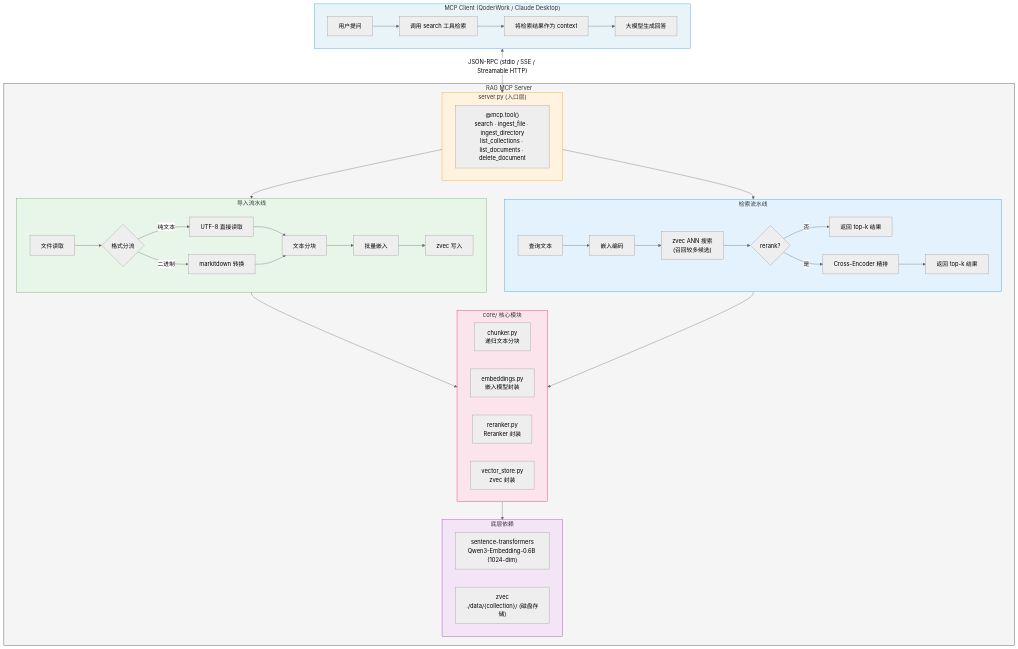
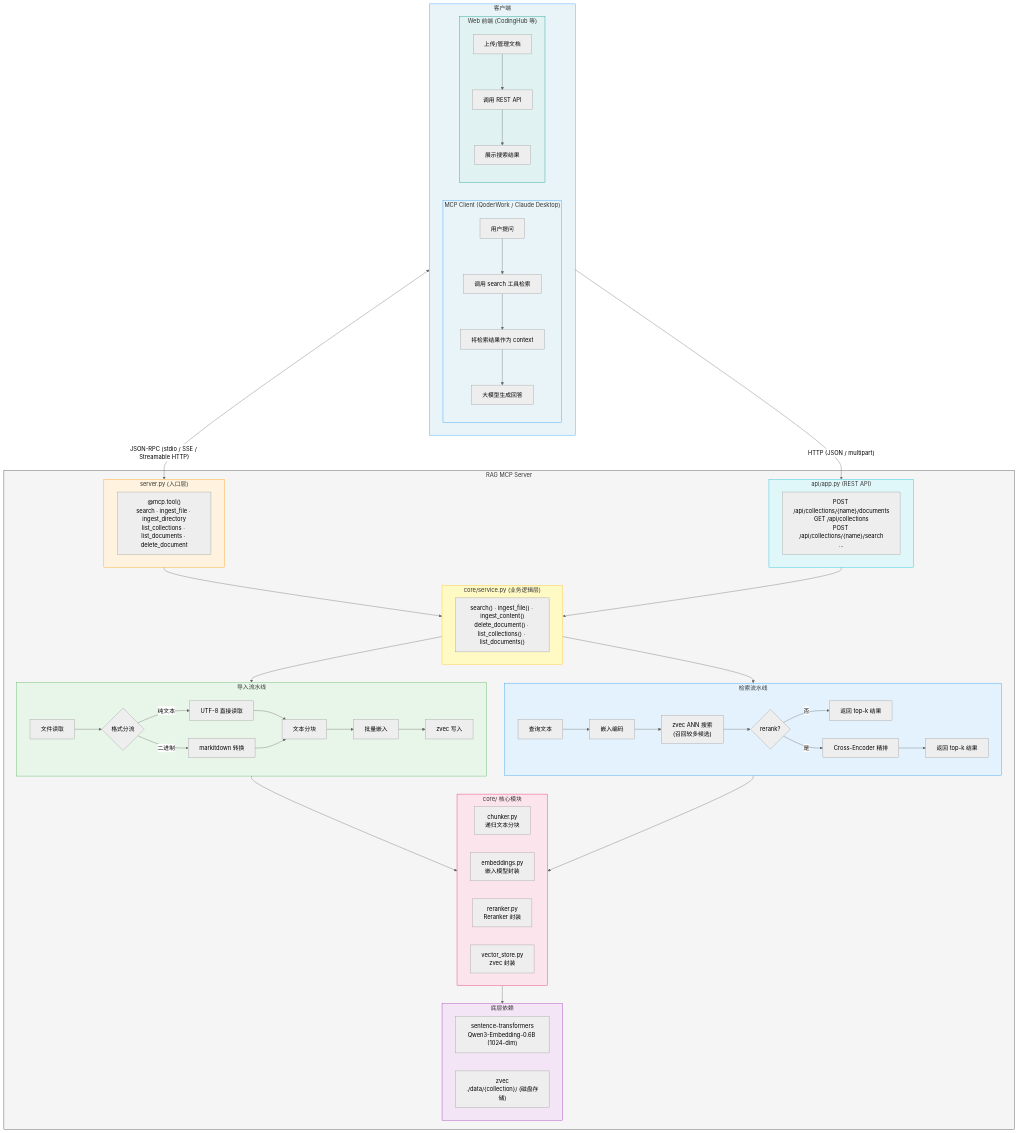
Before and after one commit to mambo-wang/wandering-rag-mcp: the first of 3 diagrams in docs/architecture.md, drawn with Mermaid (neutral theme). The commit also changed other lines of this file and 12 other files, not shown here.

First line of the commit message:
feat: add REST API alongside MCP for web frontend integration

````diff
--- a/docs/architecture.md
+++ b/docs/architecture.md
@@ -114,19 +131,38 @@
 ```mermaid
 flowchart TB
-    subgraph Client["MCP Client (QoderWork / Claude Desktop)"]
-        C1["用户提问"] --> C2["调用 search 工具检索"]
-        C2 --> C3["将检索结果作为 context"]
-        C3 --> C4["大模型生成回答"]
+    subgraph Clients["客户端"]
+        direction LR
+        subgraph MCPClient["MCP Client (QoderWork / Claude Desktop)"]
+            C1["用户提问"] --> C2["调用 search 工具检索"]
+            C2 --> C3["将检索结果作为 context"]
+            C3 --> C4["大模型生成回答"]
+        end
+        subgraph WebClient["Web 前端 (CodingHub 等)"]
+            W1["上传/管理文档"] --> W2["调用 REST API"]
+            W2 --> W3["展示搜索结果"]
+        end
     end
 
-    Client <-->|"JSON-RPC (stdio / SSE / Streamable HTTP)"| Entry
+    MCPClient <-->|"JSON-RPC (stdio / SSE / Streamable HTTP)"| Entry
+    WebClient -->|"HTTP (JSON / multipart)"| APIRoutes
 
     subgraph Server["RAG MCP Server"]
         subgraph Entry["server.py (入口层)"]
             E1["@mcp.tool()<br/>search · ingest_file · ingest_directory<br/>list_collections · list_documents · delete_document"]
         end
 
-        Entry --> Ingest & Search
+        subgraph APIRoutes["api/app.py (REST API)"]
+            R1["POST /api/collections/{name}/documents<br/>GET /api/collections<br/>POST /api/collections/{name}/search<br/>..."]
+        end
+
+        Entry --> Svc
+        APIRoutes --> Svc
+
+        subgraph Svc["core/service.py (业务逻辑层)"]
+            SV1["search() · ingest_file() · ingest_content()<br/>delete_document() · list_collections() · list_documents()"]
+        end
+
+        Svc --> Ingest & Search
 
         subgraph Ingest["导入流水线"]
             I1["文件读取"] --> I2{"格式分流"}
@@ -165,9 +201,13 @@
         end
     end
 
-    style Client fill:#e8f4f8,stroke:#2196F3
+    style Clients fill:#e8f4f8,stroke:#2196F3
+    style MCPClient fill:#e8f4f8,stroke:#2196F3
+    style WebClient fill:#e0f2f1,stroke:#009688
     style Server fill:#f5f5f5,stroke:#333
     style Entry fill:#fff3e0,stroke:#FF9800
+    style APIRoutes fill:#e0f7fa,stroke:#00BCD4
+    style Svc fill:#fff9c4,stroke:#FBC02D
     style Ingest fill:#e8f5e9,stroke:#4CAF50
     style Search fill:#e3f2fd,stroke:#2196F3
     style Core fill:#fce4ec,stroke:#E91E63
````
